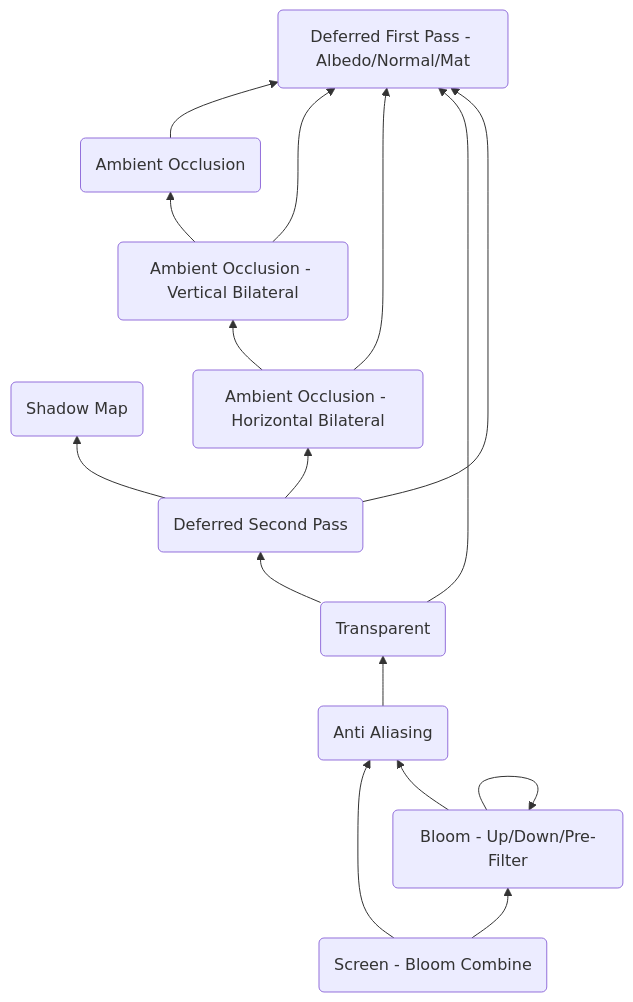
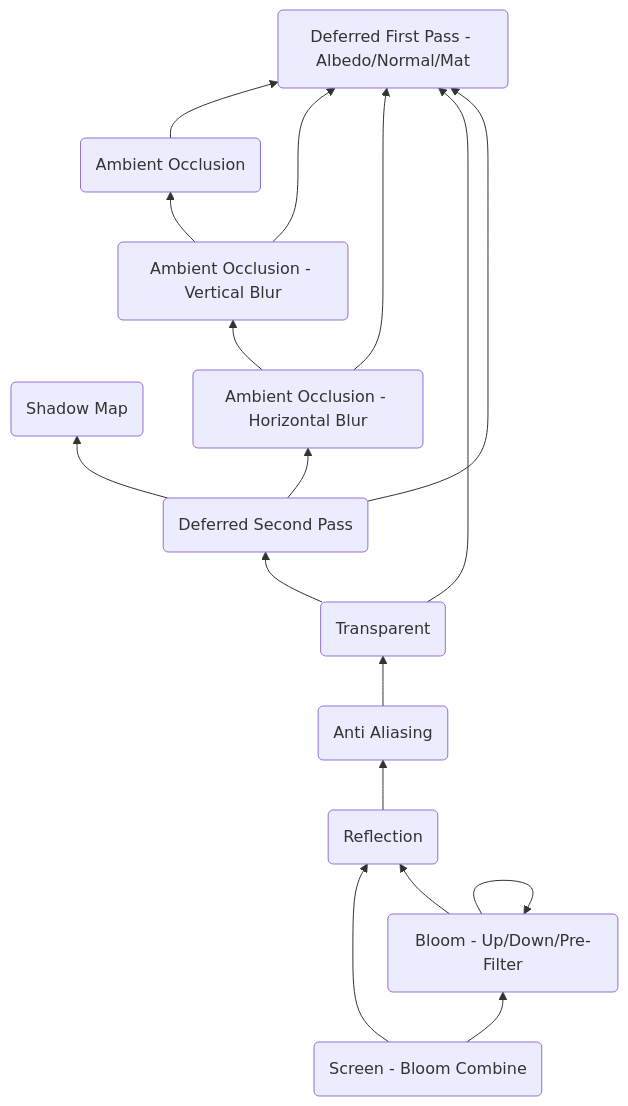
One commit to petitg1987/urchinEngine changed the diagram in 3dEngine/docs/DependencyGraph.md. Above: the diagram before and after it, drawn with Mermaid. The commit also changed 8 other files, not shown here.

Commit message:
Screen Space Reflection - part 2

````diff
--- a/3dEngine/docs/DependencyGraph.md
+++ b/3dEngine/docs/DependencyGraph.md
@@ -3,18 +3,19 @@
 ```mermaid
 graph BT
     Screen(Screen - Bloom Combine) --> Bloom(Bloom - Up/Down/Pre-Filter)
     Bloom --> Bloom
-    Bloom --> AntiAliasing(Anti Aliasing)
-    Screen --> AntiAliasing
+    Bloom --> Reflection(Reflection)
+    Reflection --> AntiAliasing(Anti Aliasing)
+    Screen --> Reflection
     AntiAliasing --> Transparent(Transparent)
     Transparent --> DefFSecondPass(Deferred Second Pass)
-    DefFSecondPass --> H(Shadow Map)
+    DefFSecondPass --> ShadowMap(Shadow Map)
     DefFSecondPass --> DefFirstPass(Deferred First Pass - Albedo/Normal/Mat)
     Transparent --> DefFirstPass
-    DefFSecondPass --> AmbientOcclusionHor(Ambient Occlusion - Horizontal Bilateral)
+    DefFSecondPass --> AmbientOcclusionHor(Ambient Occlusion - Horizontal Blur)
     AmbientOcclusionHor --> DefFirstPass
-    AmbientOcclusionHor --> AmbientOcclusionVert(Ambient Occlusion - Vertical Bilateral)
+    AmbientOcclusionHor --> AmbientOcclusionVert(Ambient Occlusion - Vertical Blur)
     AmbientOcclusionVert --> DefFirstPass
     AmbientOcclusionVert --> AmbientOcclusion(Ambient Occlusion)
     AmbientOcclusion --> DefFirstPass
 ```
````
